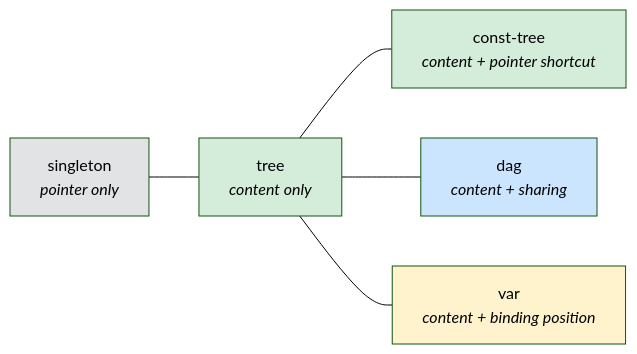
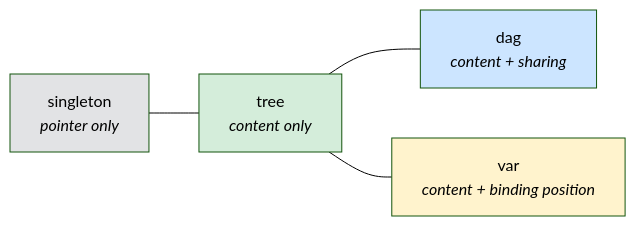
One commit to tqchen/tvm-ffi changed the fifth of 7 diagrams in docs/concepts/structural_eq_hash.rst. Above: the diagram before and after it, drawn with Mermaid (forest theme). The commit also changed other lines of this file and 9 other files, not shown here.

```diff
--- a/docs/concepts/structural_eq_hash.rst
+++ b/docs/concepts/structural_eq_hash.rst
@@ -829,19 +733,16 @@
 .. mermaid::
 
    graph LR
        UI["singleton<br/><i>pointer only</i>"]
        TN["tree<br/><i>content only</i>"]
-       CTN["const-tree<br/><i>content + pointer shortcut</i>"]
        DN["dag<br/><i>content + sharing</i>"]
        FV["var<br/><i>content + binding position</i>"]
 
        UI --- TN
-       TN --- CTN
        TN --- DN
        TN --- FV
 
        style UI fill:#e2e3e5
        style TN fill:#d4edda
-       style CTN fill:#d4edda
        style DN fill:#cce5ff
        style FV fill:#fff3cd
```
